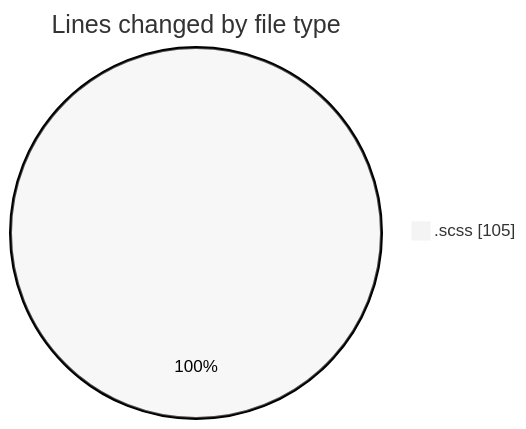
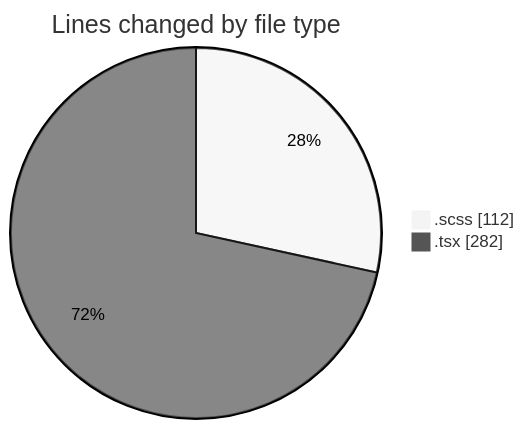
The first of 2 diagrams in 2025-07-10/cda/README.md (momahboobian/code-tracking), drawn with Mermaid (neutral theme) before and after one commit. The commit also changed other lines of this file and 1 other file, not shown here.

````diff
--- a/2025-07-10/cda/README.md
+++ b/2025-07-10/cda/README.md
@@ -20,5 +23,6 @@
 ```mermaid
 pie showData
 title Lines changed by file type
-".scss" : 105
+".scss" : 112
+".tsx" : 282
 ```
````
